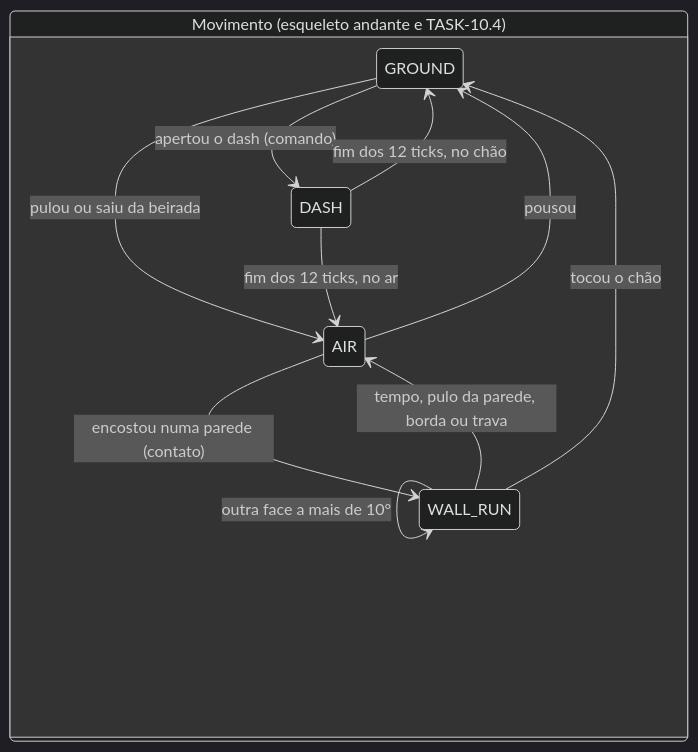
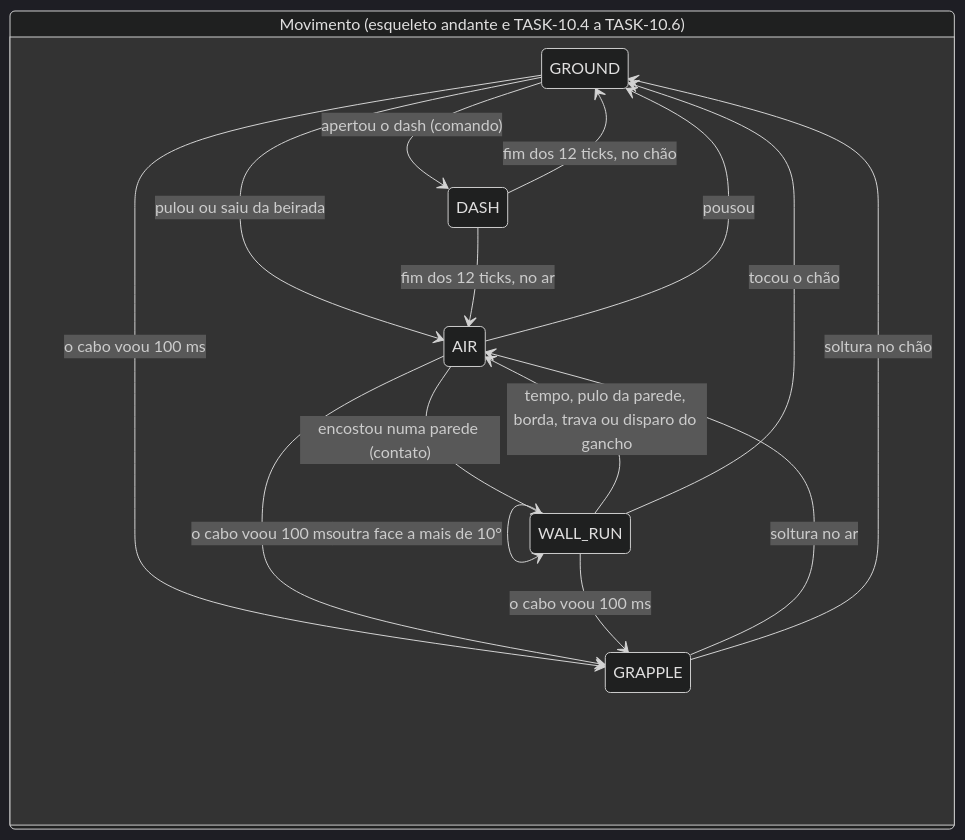
One commit to Kibryant/jogo-acrobatico changed the fourth of 5 diagrams in docs/arquitetura/visao-geral.md. Above: the diagram before and after it, drawn with Mermaid (dark theme). The commit also changed other lines of this file and 5 other files, not shown here.

First line of the commit message:
TASK-10.6, rodada C: as torres, o pilar, os docs de arquitetura e o net_run

````diff
--- a/docs/arquitetura/visao-geral.md
+++ b/docs/arquitetura/visao-geral.md
@@ -138,15 +142,20 @@
 ```mermaid
 stateDiagram-v2
   direction LR
-  state "Movimento (esqueleto andante e TASK-10.4)" as mov {
+  state "Movimento (esqueleto andante e TASK-10.4 a TASK-10.6)" as mov {
     GROUND --> AIR: pulou ou saiu da beirada
     AIR --> GROUND: pousou
     GROUND --> DASH: apertou o dash (comando)
     DASH --> GROUND: fim dos 12 ticks, no chão
     DASH --> AIR: fim dos 12 ticks, no ar
     AIR --> WALL_RUN: encostou numa parede (contato)
-    WALL_RUN --> AIR: tempo, pulo da parede, borda ou trava
+    WALL_RUN --> AIR: tempo, pulo da parede, borda, trava ou disparo do gancho
     WALL_RUN --> GROUND: tocou o chão
     WALL_RUN --> WALL_RUN: outra face a mais de 10°
+    GROUND --> GRAPPLE: o cabo voou 100 ms
+    AIR --> GRAPPLE: o cabo voou 100 ms
+    WALL_RUN --> GRAPPLE: o cabo voou 100 ms
+    GRAPPLE --> AIR: soltura no ar
+    GRAPPLE --> GROUND: soltura no chão
   }
 ```
````
